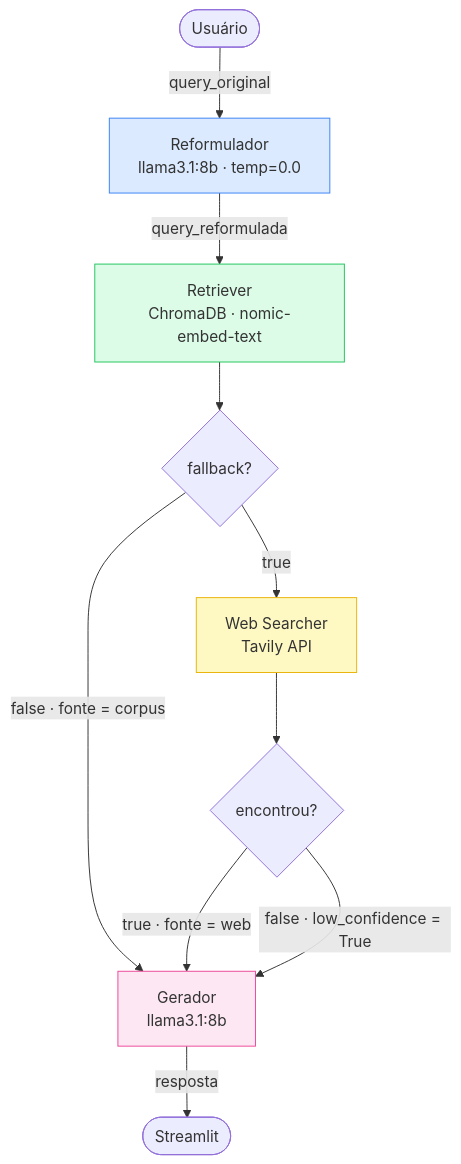
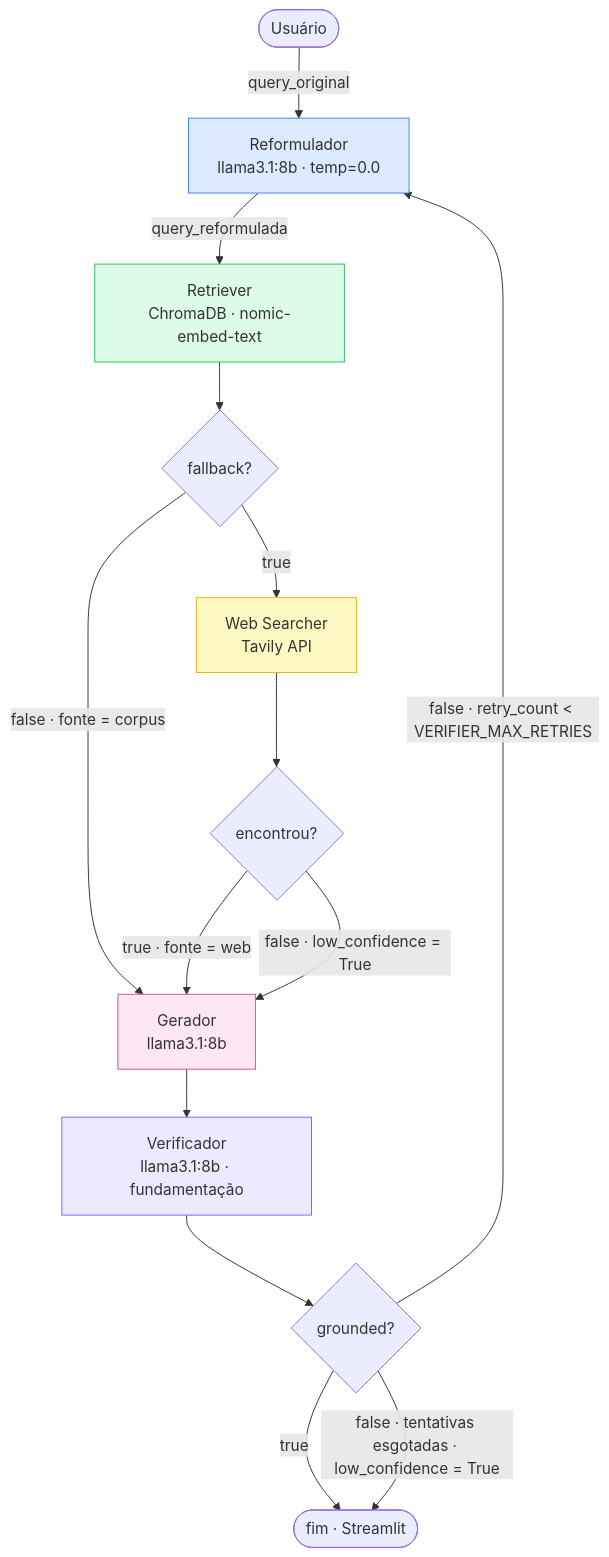
The diagram in docs/architecture.md (antonioheitorga/processo-seletivo-2026), drawn with Mermaid before and after one commit. The commit also changed other lines of this file and 8 other files, not shown here.

````diff
--- a/docs/architecture.md
+++ b/docs/architecture.md
@@ -10,27 +13,35 @@
 ```mermaid
 flowchart TD
     U(["Usuário"]) -->|query_original| REFORM
 
     REFORM["Reformulador\nllama3.1:8b · temp=0.0"]
     REFORM -->|query_reformulada| RET
 
     RET["Retriever\nChromaDB · nomic-embed-text"]
     RET --> COND{fallback?}
 
     COND -- "false · fonte = corpus" --> GEN
     COND -- true --> WS
 
     WS["Web Searcher\nTavily API"]
     WS --> COND2{encontrou?}
 
     COND2 -- "true · fonte = web" --> GEN
     COND2 -- "false · low_confidence = True" --> GEN
 
     GEN["Gerador\nllama3.1:8b"]
-    GEN -->|resposta| UI(["Streamlit"])
+    GEN --> VER
+
+    VER["Verificador\nllama3.1:8b · fundamentação"]
+    VER --> COND3{grounded?}
+
+    COND3 -- "true" --> FIM(["fim · Streamlit"])
+    COND3 -- "false · retry_count < VERIFIER_MAX_RETRIES" --> REFORM
+    COND3 -- "false · tentativas esgotadas · low_confidence = True" --> FIM
 
     style REFORM fill:#dbeafe,stroke:#3b82f6
     style RET    fill:#dcfce7,stroke:#22c55e
     style WS     fill:#fef9c3,stroke:#eab308
     style GEN    fill:#fce7f3,stroke:#ec4899
+    style VER    fill:#ede9fe,stroke:#8b5cf6
 ```
````
